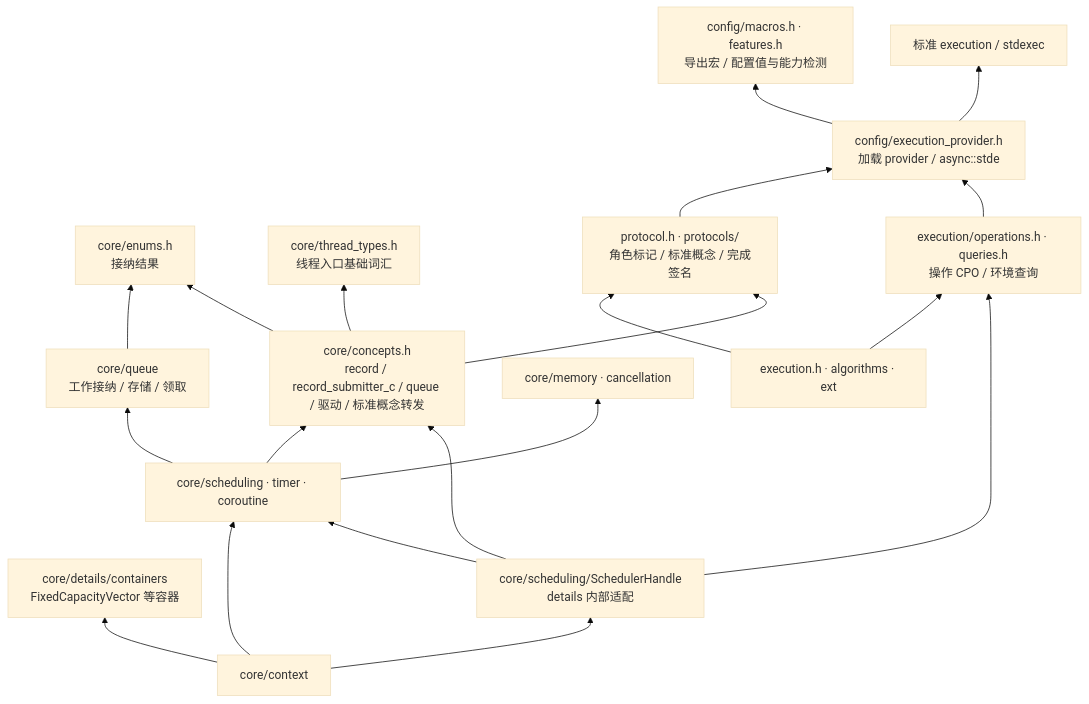
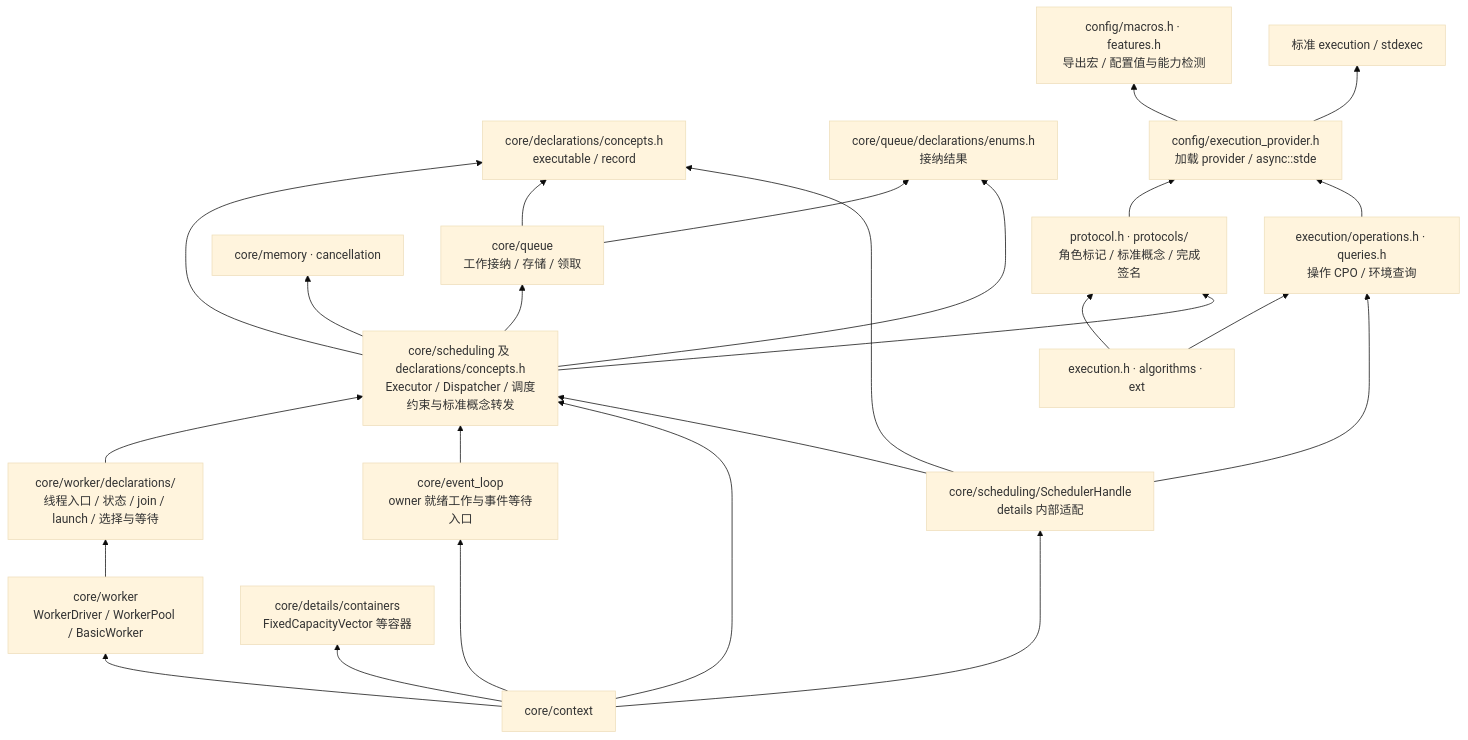
The first of 4 diagrams in CORE_DESIGN.md (mmmmmcree/async), drawn with Mermaid (base theme) before and after one commit. The commit also changed other lines of this file and 44 other files, not shown here.

````diff
--- a/CORE_DESIGN.md
+++ b/CORE_DESIGN.md
@@ -43,37 +45,44 @@
 ```mermaid
 flowchart BT
-    P["core/concepts.h<br/>record / record_submitter_c / queue / 驱动 / 标准概念转发"]
-    B["core/enums.h<br/>接纳结果"]
+    P["core/declarations/concepts.h<br/>executable / record"]
+    B["core/queue/declarations/enums.h<br/>接纳结果"]
     Q["core/queue<br/>工作接纳 / 存储 / 领取"]
-    T["core/thread_types.h<br/>线程入口基础词汇"]
+    T["core/worker/declarations/<br/>线程入口 / 状态 / join / launch / 选择与等待"]
+    W["core/worker<br/>WorkerDriver / WorkerPool / BasicWorker"]
+    L["core/event_loop<br/>owner 就绪工作与事件等待入口"]
     M["core/memory · cancellation"]
     K["core/details/containers<br/>FixedCapacityVector 等容器"]
-    R["core/scheduling · timer · coroutine"]
+    R["core/scheduling 及 declarations/concepts.h<br/>Executor / Dispatcher / 调度约束与标准概念转发"]
     C["core/context"]
     EP["protocol.h · protocols/<br/>角色标记 / 标准概念 / 完成签名"]
     O["execution/operations.h · queries.h<br/>操作 CPO / 环境查询"]
     E["execution.h · algorithms · ext"]
     F["config/execution_provider.h<br/>加载 provider / async::stde"]
     FM["config/macros.h · features.h<br/>导出宏 / 配置值与能力检测"]
     S["标准 execution / stdexec"]
     A["core/scheduling/SchedulerHandle<br/>details 内部适配"]
     R --> P
     R --> Q
     Q --> B
-    P --> B
-    P --> T
+    Q --> P
+    R --> B
+    W --> T
+    T --> R
+    L --> R
     R --> M
     C --> R
     C --> A
     C --> K
+    C --> W
+    C --> L
     E --> EP
     E --> O
     EP --> F
     O --> F
     F --> FM
     F --> S
-    P --> EP
+    R --> EP
     A --> R
     A --> P
     A --> O
 ```
````
